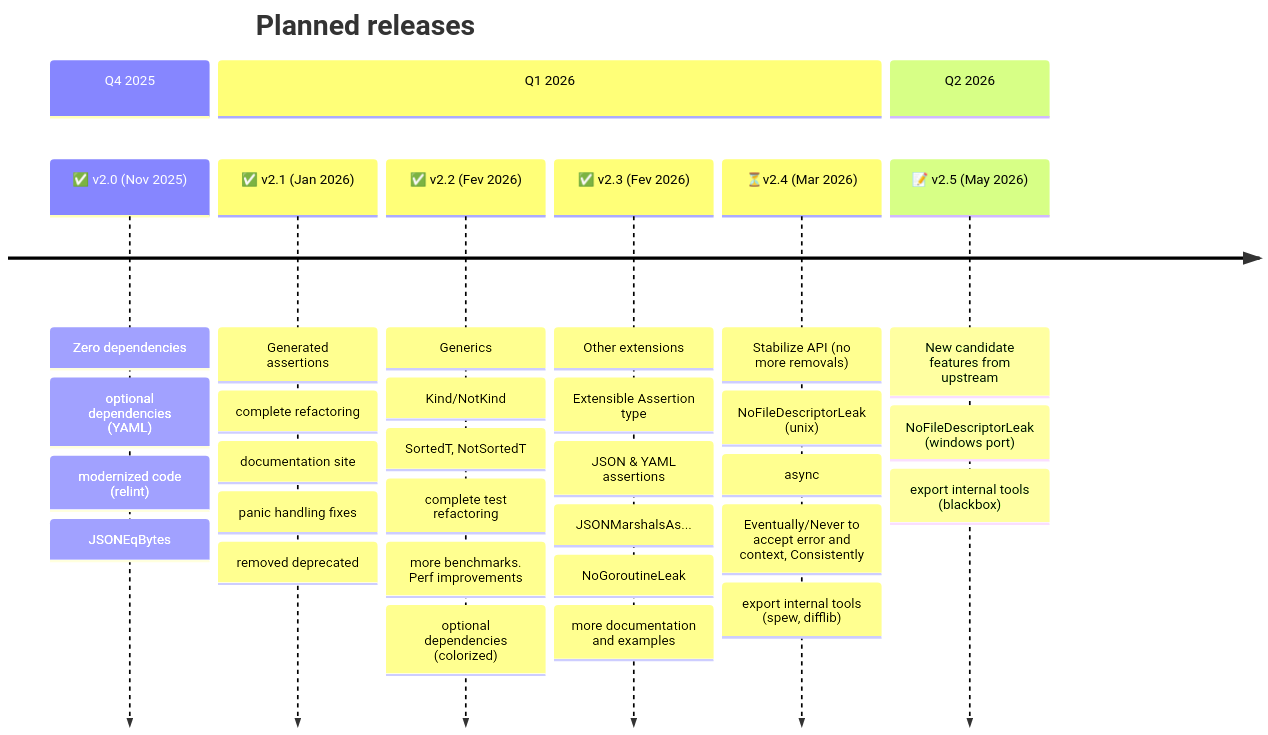
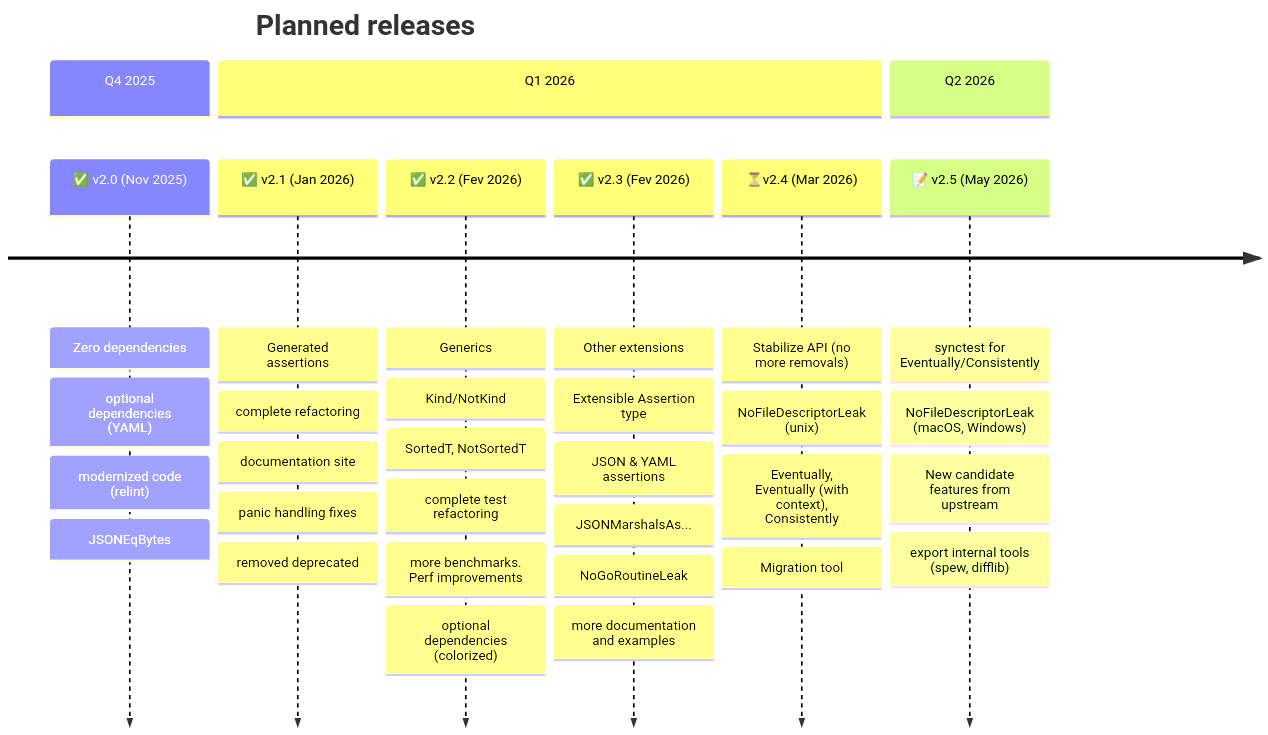
The diagram in docs/doc-site/project/maintainers/ROADMAP.md (go-openapi/testify), drawn with Mermaid before and after one commit. The commit also changed other lines of this file and 8 other files, not shown here.

```diff
--- a/docs/doc-site/project/maintainers/ROADMAP.md
+++ b/docs/doc-site/project/maintainers/ROADMAP.md
@@ -9,34 +9,35 @@
 {{< mermaid align="center" zoom="true" >}}
 timeline
     title Planned releases
     section Q4 2025
     ✅ v2.0 (Nov 2025) : Zero dependencies
                     : optional dependencies (YAML)
                     : modernized code (relint)
                     : JSONEqBytes
     section Q1 2026
     ✅ v2.1 (Jan 2026) : Generated assertions
                     : complete refactoring
                     : documentation site
                     : panic handling fixes
                     : removed deprecated
     ✅ v2.2 (Fev 2026) : Generics
                     : Kind/NotKind
                     : SortedT, NotSortedT
                     : complete test refactoring
                     : more benchmarks. Perf improvements
                     : optional dependencies (colorized)
     ✅ v2.3 (Fev 2026) : Other extensions
                     : Extensible Assertion type
                     : JSON & YAML assertions: JSONMarshalsAs...
-                    : NoGoroutineLeak
+                    : NoGoRoutineLeak
                     : more documentation and examples
     ⏳v2.4 (Mar 2026) : Stabilize API (no more removals)
                     : NoFileDescriptorLeak (unix)
-                    : async: Eventually/Never to accept error and context, Consistently
+                    : Eventually, Eventually (with context), Consistently
+                    : Migration tool
+    section Q2 2026
+    📝 v2.5 (May 2026) : synctest for Eventually/Consistently
+                    : NoFileDescriptorLeak (macOS, Windows)
+                    : New candidate features from upstream
                     : export internal tools (spew, difflib)
-    section Q2 2026
-    📝 v2.5 (May 2026) : New candidate features from upstream
-                    : NoFileDescriptorLeak (windows port)
-                    : export internal tools (blackbox)
 {{< /mermaid >}}
```
